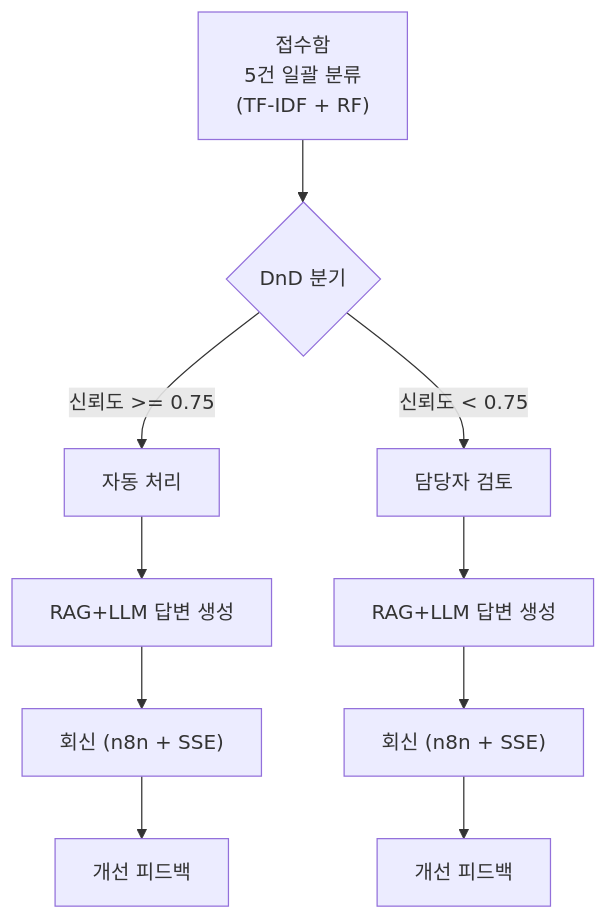
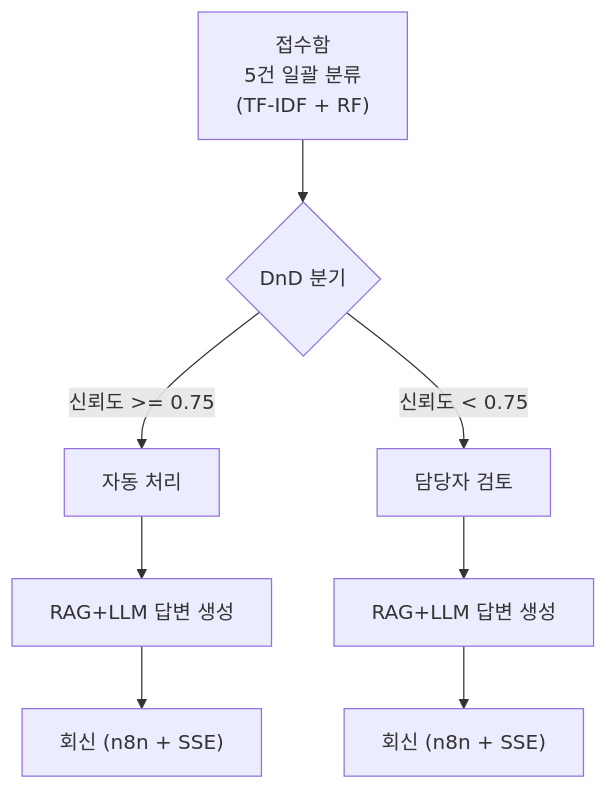
Before and after one commit to ASNGG/cafe24-demo: the fourth of 7 diagrams in README.md, drawn with Mermaid. The commit also changed other lines of this file and 7 other files, not shown here.

````diff
--- a/README.md
+++ b/README.md
@@ -257,23 +257,19 @@
 ```mermaid
 flowchart TD
     A["접수함<br/>5건 일괄 분류<br/>(TF-IDF + RF)"]
     B{"DnD 분기"}
     C["자동 처리"]
     D["담당자 검토"]
     E1["RAG+LLM 답변 생성"]
     E2["RAG+LLM 답변 생성"]
     F1["회신 (n8n + SSE)"]
     F2["회신 (n8n + SSE)"]
-    G1["개선 피드백"]
-    G2["개선 피드백"]
 
     A --> B
     B -->|"신뢰도 >= 0.75"| C
     B -->|"신뢰도 < 0.75"| D
     C --> E1
     D --> E2
     E1 --> F1
     E2 --> F2
-    F1 --> G1
-    F2 --> G2
 ```
````
